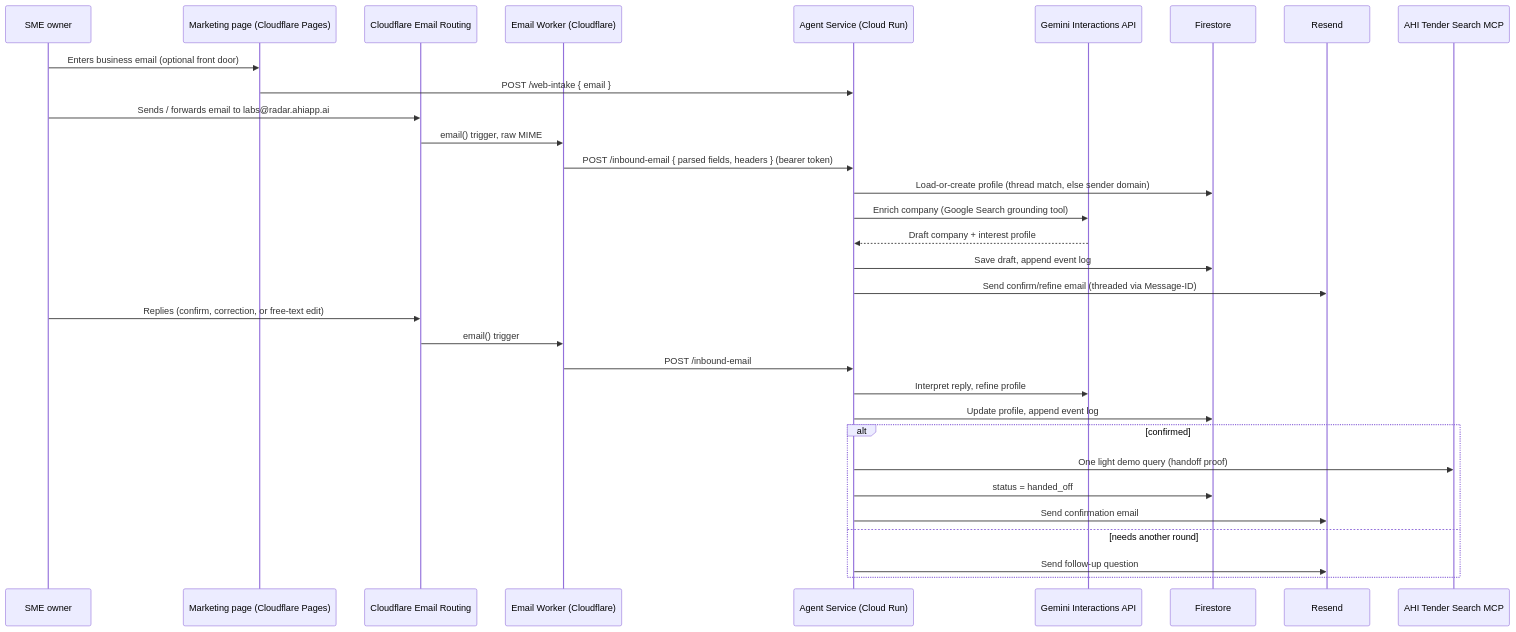
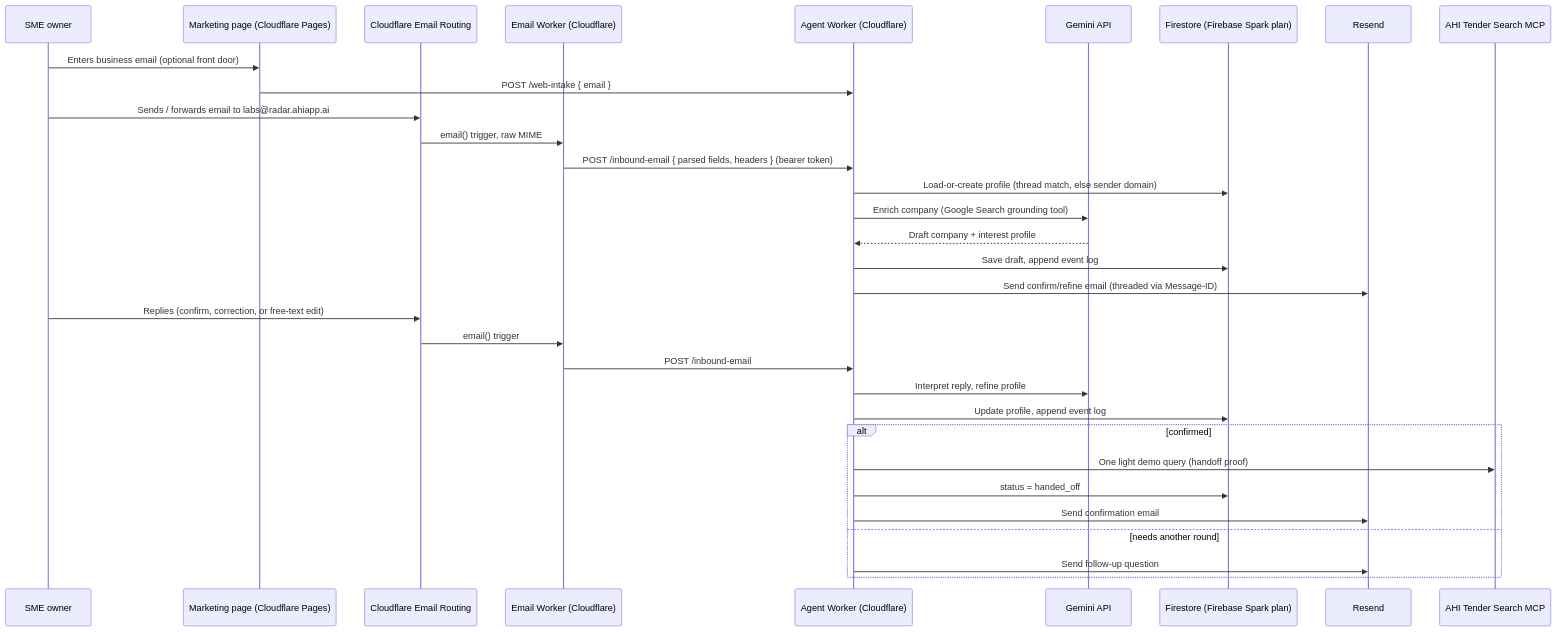
One commit to zeeshanahmad-tech/ExperienceOne changed the diagram in IMPLEMENTATION_PLAN.md. Above: the diagram before and after it, drawn with Mermaid. The commit also changed other lines of this file and 18 other files, not shown here.

````diff
--- a/IMPLEMENTATION_PLAN.md
+++ b/IMPLEMENTATION_PLAN.md
@@ -34,35 +34,35 @@
 ```mermaid
 sequenceDiagram
     participant U as SME owner
     participant Pages as Marketing page (Cloudflare Pages)
     participant Route as Cloudflare Email Routing
-    participant Worker as Email Worker (Cloudflare)
-    participant Run as Agent Service (Cloud Run)
-    participant Gemini as Gemini Interactions API
-    participant DB as Firestore
+    participant EmailWK as Email Worker (Cloudflare)
+    participant AgentWK as Agent Worker (Cloudflare)
+    participant Gemini as Gemini API
+    participant DB as Firestore (Firebase Spark plan)
     participant Resend as Resend
     participant MCP as AHI Tender Search MCP
 
     U->>Pages: Enters business email (optional front door)
-    Pages->>Run: POST /web-intake { email }
+    Pages->>AgentWK: POST /web-intake { email }
     U->>Route: Sends / forwards email to labs@radar.ahiapp.ai
-    Route->>Worker: email() trigger, raw MIME
-    Worker->>Run: POST /inbound-email { parsed fields, headers } (bearer token)
-    Run->>DB: Load-or-create profile (thread match, else sender domain)
-    Run->>Gemini: Enrich company (Google Search grounding tool)
-    Gemini-->>Run: Draft company + interest profile
-    Run->>DB: Save draft, append event log
-    Run->>Resend: Send confirm/refine email (threaded via Message-ID)
+    Route->>EmailWK: email() trigger, raw MIME
+    EmailWK->>AgentWK: POST /inbound-email { parsed fields, headers } (bearer token)
+    AgentWK->>DB: Load-or-create profile (thread match, else sender domain)
+    AgentWK->>Gemini: Enrich company (Google Search grounding tool)
+    Gemini-->>AgentWK: Draft company + interest profile
+    AgentWK->>DB: Save draft, append event log
+    AgentWK->>Resend: Send confirm/refine email (threaded via Message-ID)
     U->>Route: Replies (confirm, correction, or free-text edit)
-    Route->>Worker: email() trigger
-    Worker->>Run: POST /inbound-email
-    Run->>Gemini: Interpret reply, refine profile
-    Run->>DB: Update profile, append event log
+    Route->>EmailWK: email() trigger
+    EmailWK->>AgentWK: POST /inbound-email
+    AgentWK->>Gemini: Interpret reply, refine profile
+    AgentWK->>DB: Update profile, append event log
     alt confirmed
-        Run->>MCP: One light demo query (handoff proof)
-        Run->>DB: status = handed_off
-        Run->>Resend: Send confirmation email
+        AgentWK->>MCP: One light demo query (handoff proof)
+        AgentWK->>DB: status = handed_off
+        AgentWK->>Resend: Send confirmation email
     else needs another round
-        Run->>Resend: Send follow-up question
+        AgentWK->>Resend: Send follow-up question
     end
 ```
````
